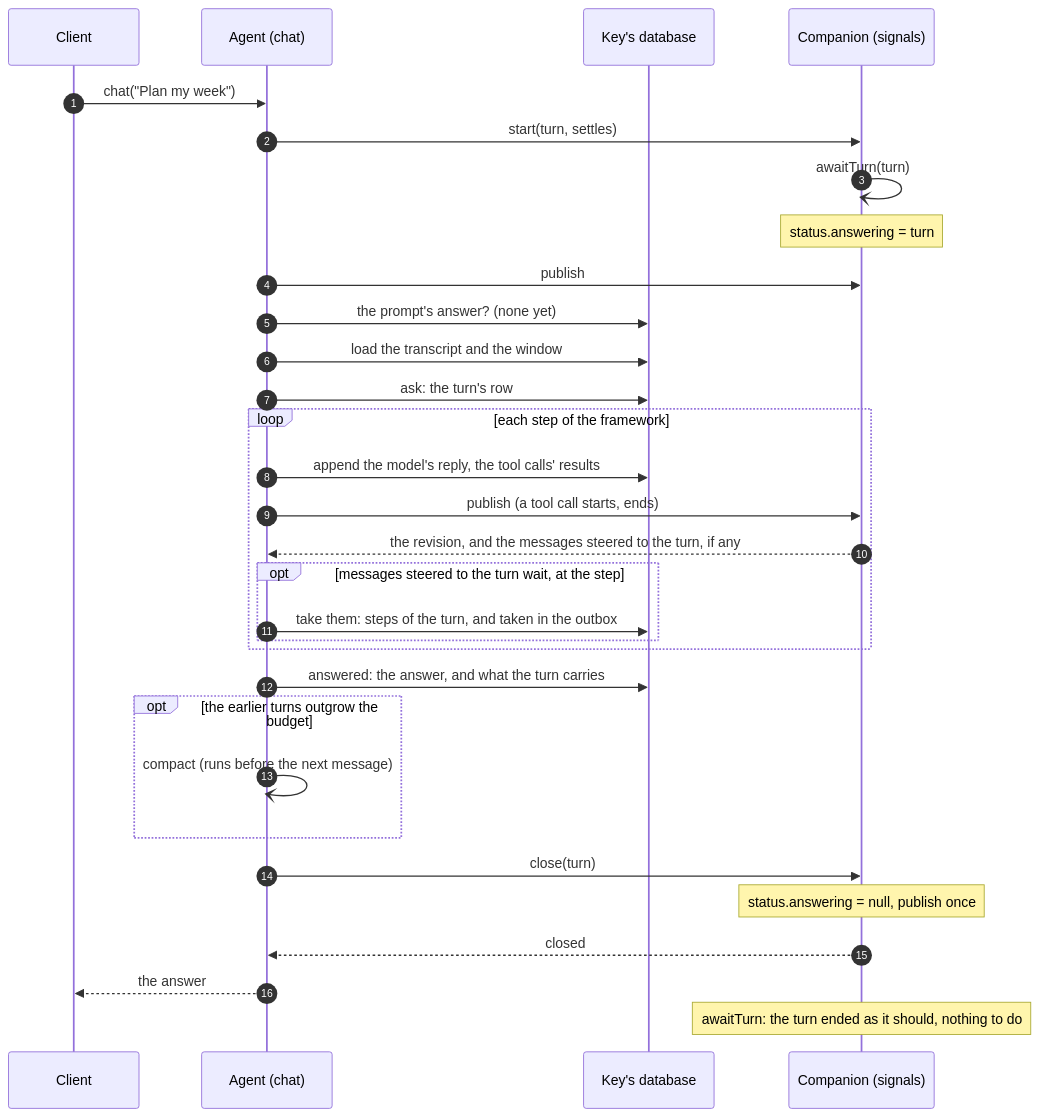
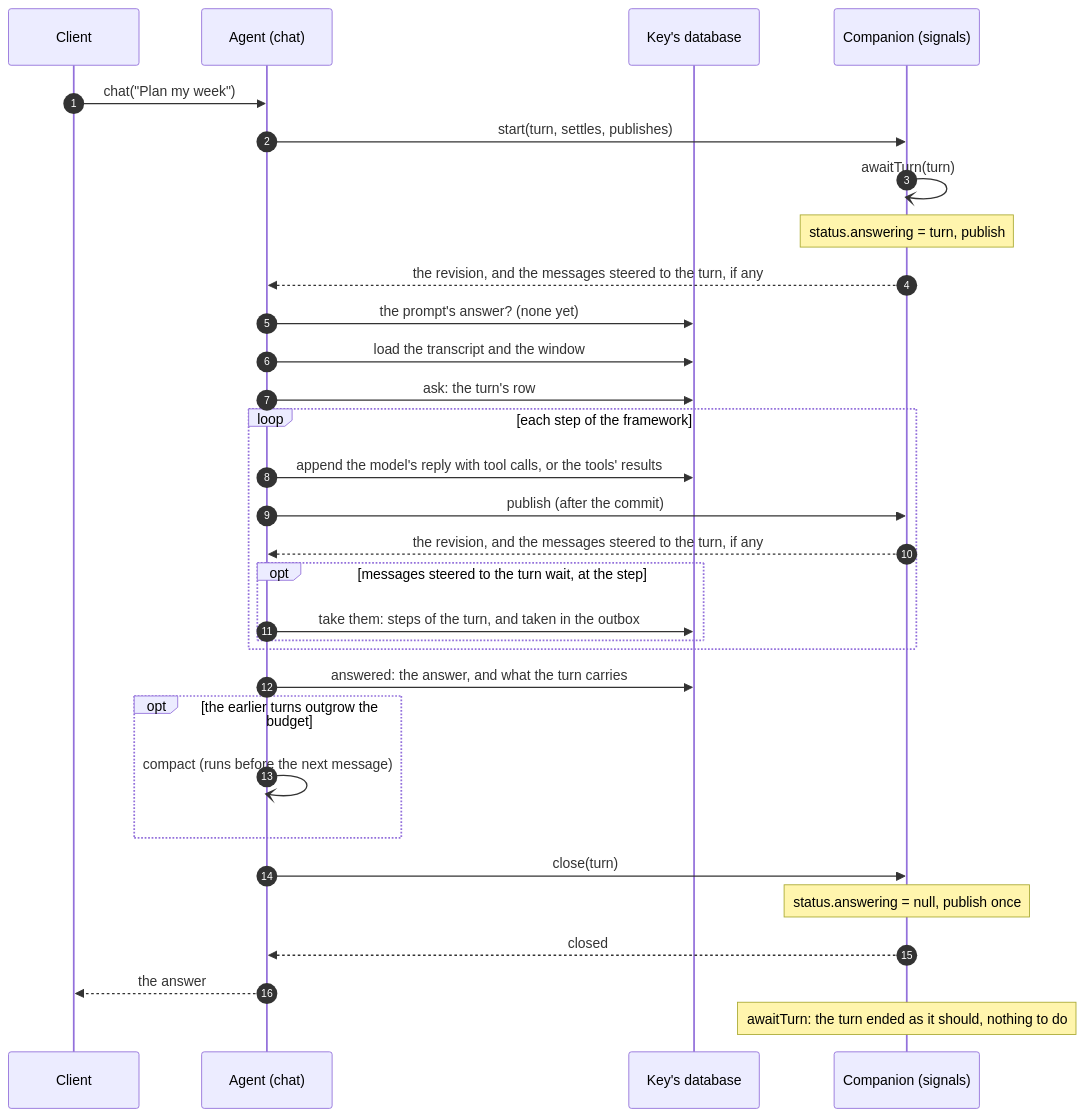
Before and after one commit to restatedev/sdk-python: the first of 9 diagrams in docs/agents/turns.md, drawn with Mermaid. The commit also changed other lines of this file and 29 other files, not shown here.

First line of the commit message:
Agents: fewer database commits and companion calls per turn (#308)

````diff
--- a/docs/agents/turns.md
+++ b/docs/agents/turns.md
@@ -107,33 +107,33 @@
 ```mermaid
 sequenceDiagram
   autonumber
   participant C as Client
   participant A as Agent (chat)
   participant DB as Key's database
   participant S as Companion (signals)
   C->>A: chat("Plan my week")
-  A->>S: start(turn, settles)
+  A->>S: start(turn, settles, publishes)
   S-)S: awaitTurn(turn)
-  Note over S: status.answering = turn
-  A->>S: publish
+  Note over S: status.answering = turn, publish
+  S-->>A: the revision, and the messages steered to the turn, if any
   A->>DB: the prompt's answer? (none yet)
   A->>DB: load the transcript and the window
   A->>DB: ask: the turn's row
   loop each step of the framework
-    A->>DB: append the model's reply, the tool calls' results
-    A->>S: publish (a tool call starts, ends)
+    A->>DB: append the model's reply with tool calls, or the tools' results
+    A->>S: publish (after the commit)
     S-->>A: the revision, and the messages steered to the turn, if any
     opt messages steered to the turn wait, at the step
       A->>DB: take them: steps of the turn, and taken in the outbox
     end
   end
   A->>DB: answered: the answer, and what the turn carries
   opt the earlier turns outgrow the budget
     A-)A: compact (runs before the next message)
   end
   A->>S: close(turn)
   Note over S: status.answering = null, publish once
   S-->>A: closed
   A-->>C: the answer
   Note over S: awaitTurn: the turn ended as it should, nothing to do
 ```
````
